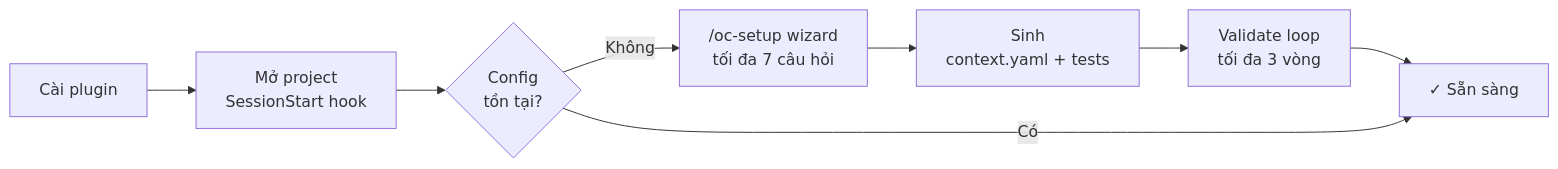
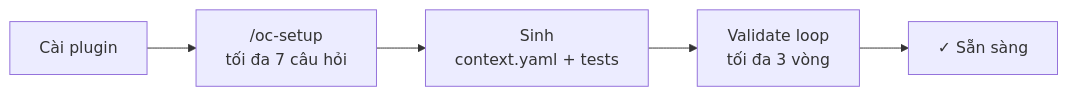
The first of 2 diagrams in README.vi.md (oopsla5xx/open-context), drawn with Mermaid before and after one commit. The commit also changed other lines of this file and 2 other files, not shown here.

First line of the commit message:
docs: split Setup from Install, fix wrong /plugin update command

````diff
--- a/README.vi.md
+++ b/README.vi.md
@@ -115,10 +123,7 @@
 ```mermaid
 flowchart LR
-    A[Cài plugin] --> B[Mở project\nSessionStart hook]
-    B --> C{Config\ntồn tại?}
-    C -->|Không| D["/oc-setup wizard\ntối đa 7 câu hỏi"]
-    D --> E[Sinh\ncontext.yaml + tests]
-    E --> F[Validate loop\ntối đa 3 vòng]
-    F --> G["✓ Sẵn sàng"]
-    C -->|Có| G
+    A[Cài plugin] --> B["/oc-setup\ntối đa 7 câu hỏi"]
+    B --> C[Sinh\ncontext.yaml + tests]
+    C --> D[Validate loop\ntối đa 3 vòng]
+    D --> E["✓ Sẵn sàng"]
 ```
````
